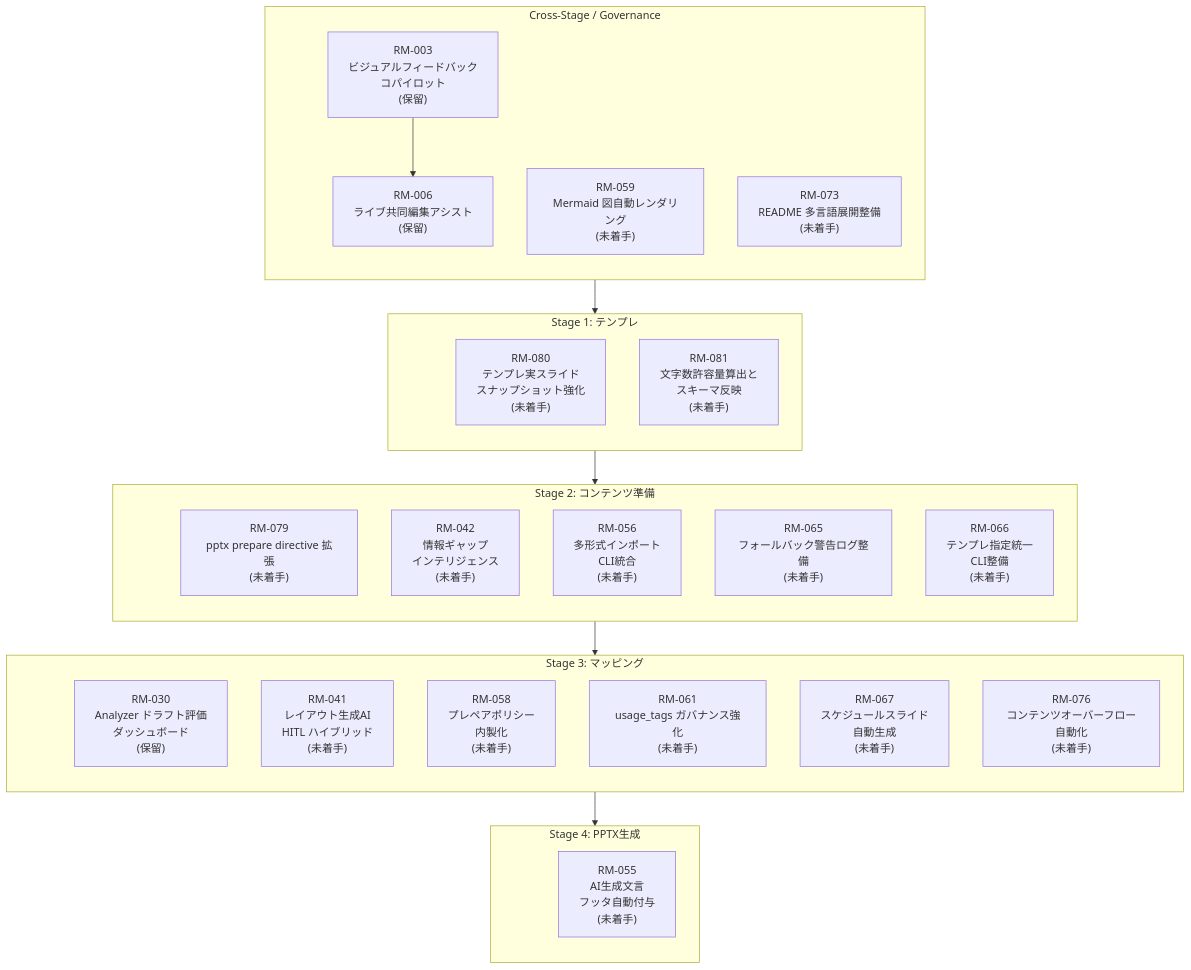
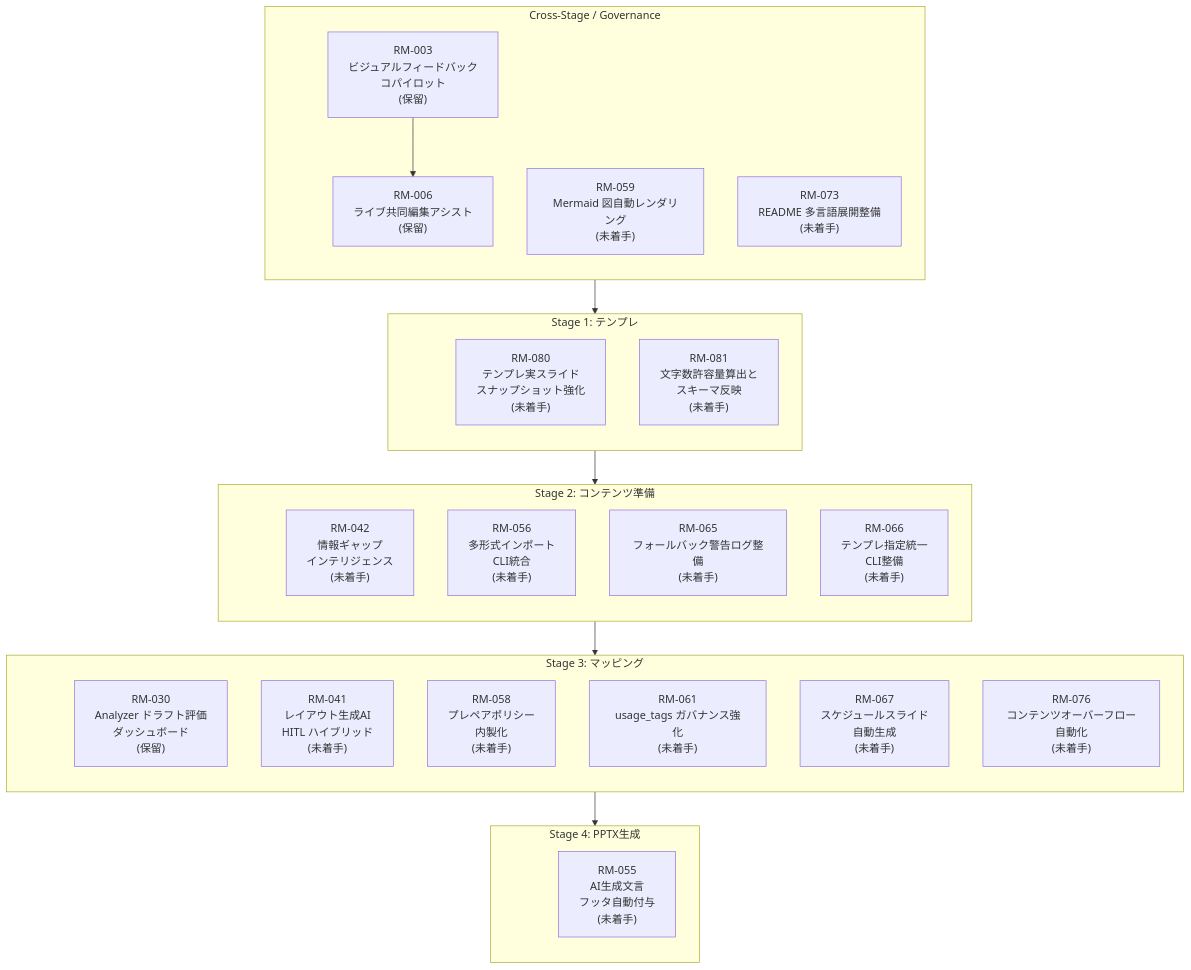
Before and after one commit to yurake/pptx_generator: the diagram in docs/roadmap/roadmap.md, drawn with Mermaid. The commit also changed other lines of this file and 15 other files, not shown here.

````diff
--- a/docs/roadmap/roadmap.md
+++ b/docs/roadmap/roadmap.md
@@ -25,55 +25,54 @@
 ```mermaid
 flowchart TB
     subgraph GOV["Cross-Stage / Governance"]
         direction TB
         GOV_ANCHOR(( ))
         RM003["RM-003<br/>ビジュアルフィードバック<br/>コパイロット<br/>(保留)"]
         RM006["RM-006<br/>ライブ共同編集アシスト<br/>(保留)"]
         RM059["RM-059<br/>Mermaid 図自動レンダリング<br/>(未着手)"]
         RM073["RM-073<br/>README 多言語展開整備<br/>(未着手)"]
     end
 
     subgraph ST1["Stage 1: テンプレ"]
         direction TB
         ST1_ANCHOR(( ))
         RM080["RM-080<br/>テンプレ実スライド<br/>スナップショット強化<br/>(未着手)"]
         RM081["RM-081<br/>文字数許容量算出と<br/>スキーマ反映<br/>(未着手)"]
     end
 
     subgraph ST2["Stage 2: コンテンツ準備"]
         direction TB
         ST2_ANCHOR(( ))
-        RM079["RM-079<br/>pptx prepare directive 拡張<br/>(未着手)"]
         RM042["RM-042<br/>情報ギャップ<br/>インテリジェンス<br/>(未着手)"]
         RM056["RM-056<br/>多形式インポート<br/>CLI統合<br/>(未着手)"]
         RM065["RM-065<br/>フォールバック警告ログ整備<br/>(未着手)"]
         RM066["RM-066<br/>テンプレ指定統一<br/>CLI整備<br/>(未着手)"]
     end
 
     subgraph ST3["Stage 3: マッピング"]
         direction TB
         ST3_ANCHOR(( ))
         RM030["RM-030<br/>Analyzer ドラフト評価<br/>ダッシュボード<br/>(保留)"]
         RM041["RM-041<br/>レイアウト生成AI<br/>HITL ハイブリッド<br/>(未着手)"]
         RM058["RM-058<br/>プレペアポリシー<br/>内製化<br/>(未着手)"]
         RM061["RM-061<br/>usage_tags ガバナンス強化<br/>(未着手)"]
         RM067["RM-067<br/>スケジュールスライド<br/>自動生成<br/>(未着手)"]
         RM076["RM-076<br/>コンテンツオーバーフロー自動化<br/>(未着手)"]
     end
 
     subgraph ST4["Stage 4: PPTX生成"]
         direction TB
         ST4_ANCHOR(( ))
         RM055["RM-055<br/>AI生成文言<br/>フッタ自動付与<br/>(未着手)"]
     end
 
     style GOV_ANCHOR fill:transparent,stroke:transparent
     style ST1_ANCHOR fill:transparent,stroke:transparent
     style ST2_ANCHOR fill:transparent,stroke:transparent
     style ST3_ANCHOR fill:transparent,stroke:transparent
     style ST4_ANCHOR fill:transparent,stroke:transparent
 
     GOV_ANCHOR --> ST1_ANCHOR --> ST2_ANCHOR --> ST3_ANCHOR --> ST4_ANCHOR
 
     RM003 --> RM006
 ```
````
